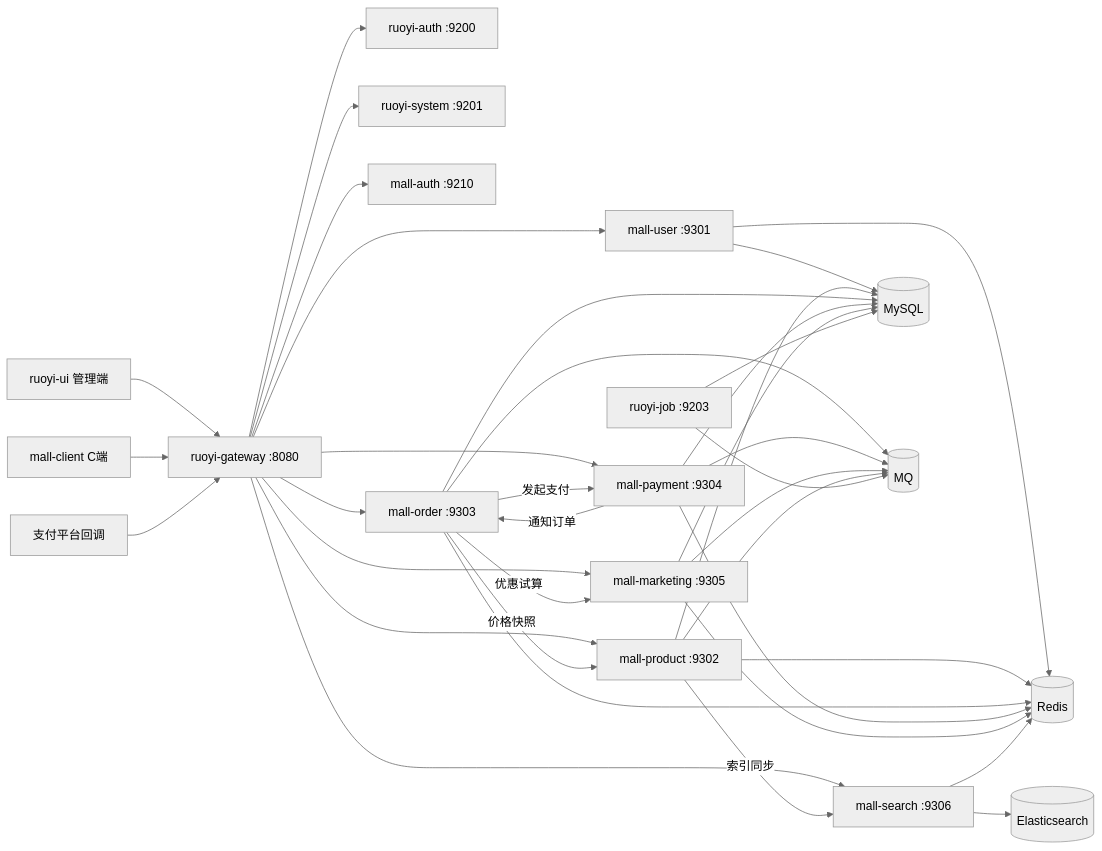
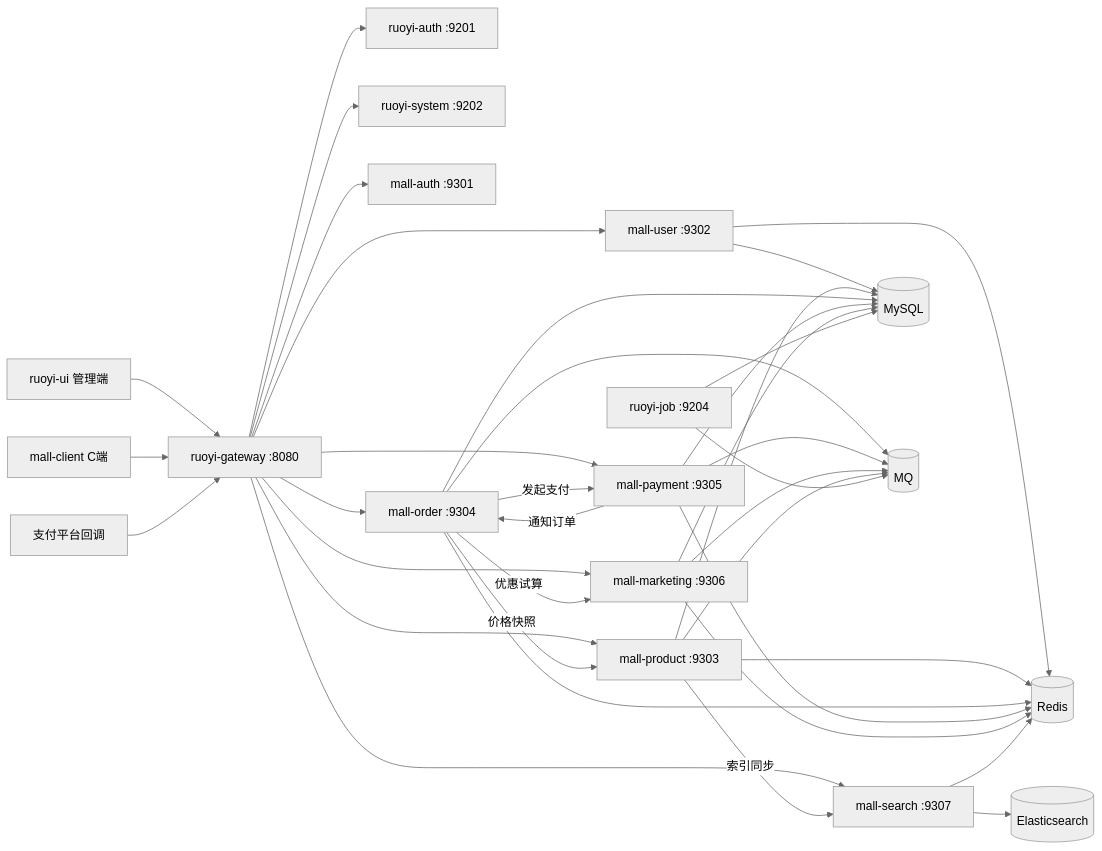
One commit to 1016297824/JH-Mall changed the first of 4 diagrams in docs/design/02_系统概要设计_补充.md. Above: the diagram before and after it, drawn with Mermaid (neutral theme). The commit also changed other lines of this file and 40 other files, not shown here.

````diff
--- a/docs/design/02_系统概要设计_补充.md
+++ b/docs/design/02_系统概要设计_补充.md
@@ -351,45 +351,45 @@
 ```mermaid
 flowchart LR
     AdminUI["ruoyi-ui 管理端"] --> GW["ruoyi-gateway :8080"]
     MallClient["mall-client C端"] --> GW
     PayProvider["支付平台回调"] --> GW
 
-    GW --> RuoyiAuth["ruoyi-auth :9200"]
-    GW --> RuoyiSystem["ruoyi-system :9201"]
-    GW --> MallAuth["mall-auth :9210"]
-    GW --> User["mall-user :9301"]
-    GW --> Product["mall-product :9302"]
-    GW --> Order["mall-order :9303"]
-    GW --> Payment["mall-payment :9304"]
-    GW --> Marketing["mall-marketing :9305"]
-    GW --> Search["mall-search :9306"]
+    GW --> RuoyiAuth["ruoyi-auth :9201"]
+    GW --> RuoyiSystem["ruoyi-system :9202"]
+    GW --> MallAuth["mall-auth :9301"]
+    GW --> User["mall-user :9302"]
+    GW --> Product["mall-product :9303"]
+    GW --> Order["mall-order :9304"]
+    GW --> Payment["mall-payment :9305"]
+    GW --> Marketing["mall-marketing :9306"]
+    GW --> Search["mall-search :9307"]
 
     Order -->|价格快照| Product
     Order -->|优惠试算| Marketing
     Order -->|发起支付| Payment
     Payment -->|通知订单| Order
     Product -->|索引同步| Search
 
     User --> MySQL[("MySQL")]
     Product --> MySQL
     Order --> MySQL
     Payment --> MySQL
     Marketing --> MySQL
 
     User --> Redis[("Redis")]
     Product --> Redis
     Order --> Redis
     Payment --> Redis
     Marketing --> Redis
     Search --> Redis
 
     Order --> MQ[("MQ")]
     Payment --> MQ
     Marketing --> MQ
     Product --> MQ
 
     Search --> ES[("Elasticsearch")]
 
-    Job["ruoyi-job :9203"] --> MQ
+    Job["ruoyi-job :9204"] --> MQ
     Job --> MySQL
 ```
````
